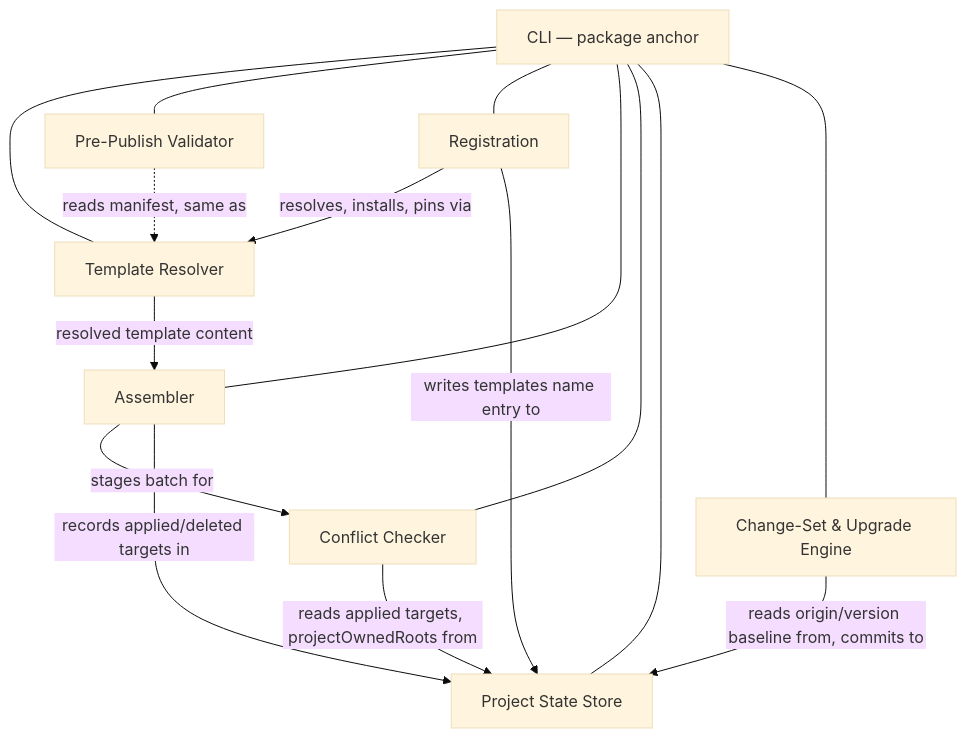
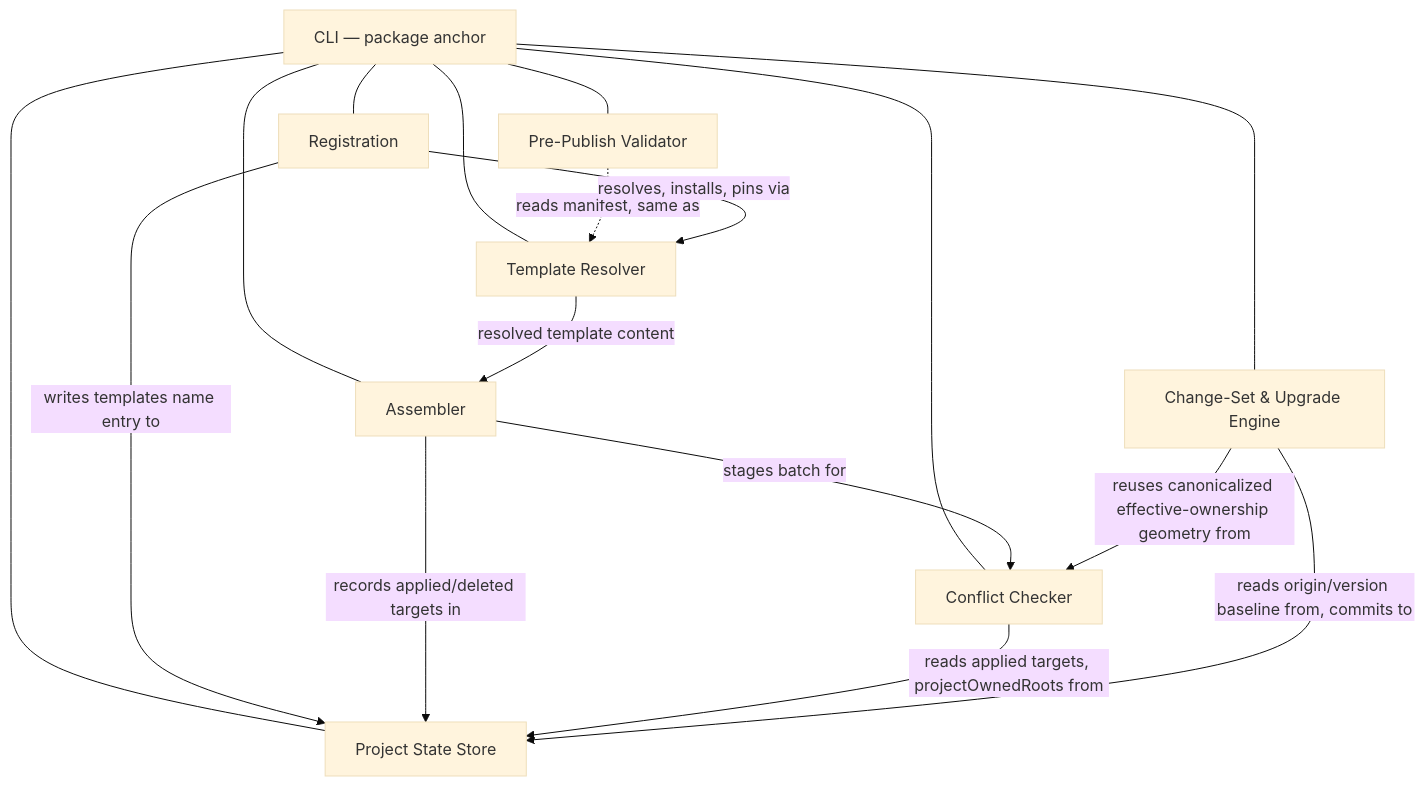
The first of 4 diagrams in packages/cli/architecture/DESIGN.md (constructorfabric/gears-frontx), drawn with Mermaid (base theme) before and after one commit. The commit also changed other lines of this file and 5 other files, not shown here.

````diff
--- a/packages/cli/architecture/DESIGN.md
+++ b/packages/cli/architecture/DESIGN.md
@@ -93,18 +93,19 @@
 ```mermaid
 graph TD
     CLI[CLI — package anchor] --- RES[Template Resolver]
     CLI --- VAL[Pre-Publish Validator]
     CLI --- REG[Registration]
     CLI --- ASM[Assembler]
     CLI --- CHK[Conflict Checker]
     CLI --- STATE[Project State Store]
     CLI --- ENG[Change-Set & Upgrade Engine]
     VAL -.->|reads manifest, same as| RES
     REG -->|resolves, installs, pins via| RES
     REG -->|writes templates name entry to| STATE
     RES -->|resolved template content| ASM
     ASM -->|stages batch for| CHK
     ASM -->|records applied/deleted targets in| STATE
     CHK -->|reads applied targets, projectOwnedRoots from| STATE
     ENG -->|reads origin/version baseline from, commits to| STATE
+    ENG -->|reuses canonicalized effective-ownership geometry from| CHK
 ```
````
